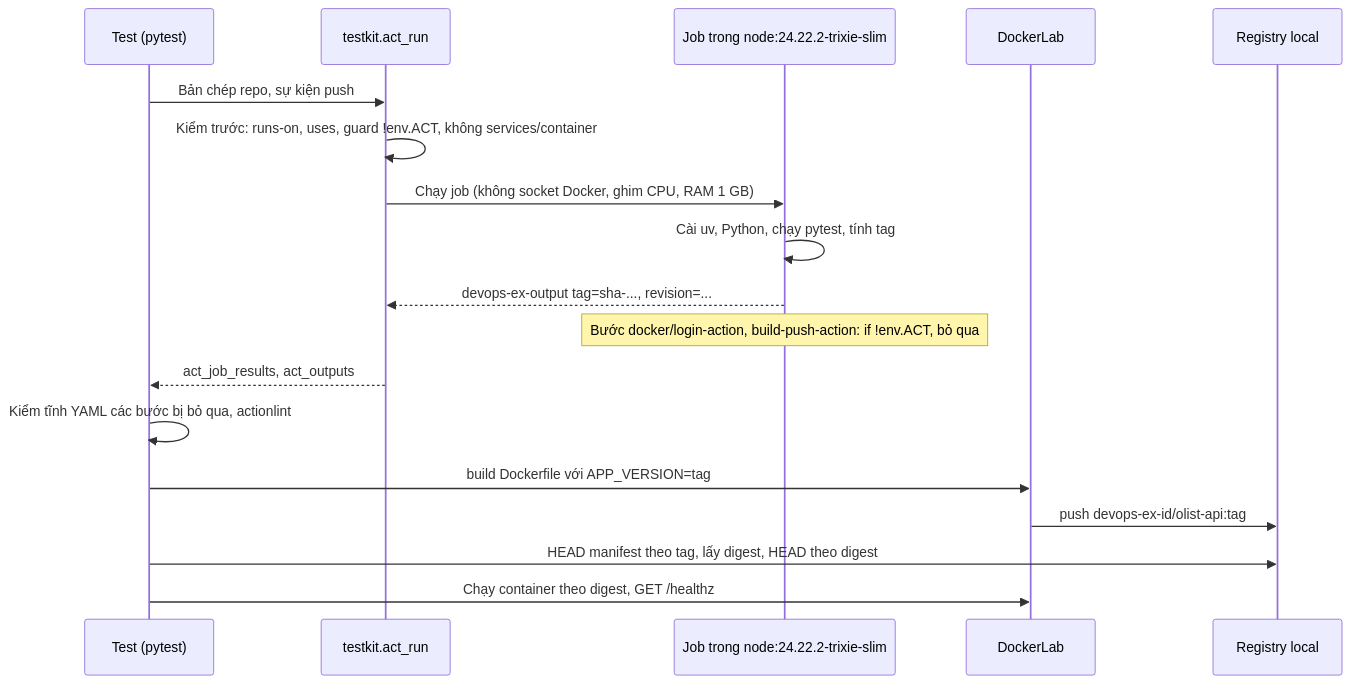
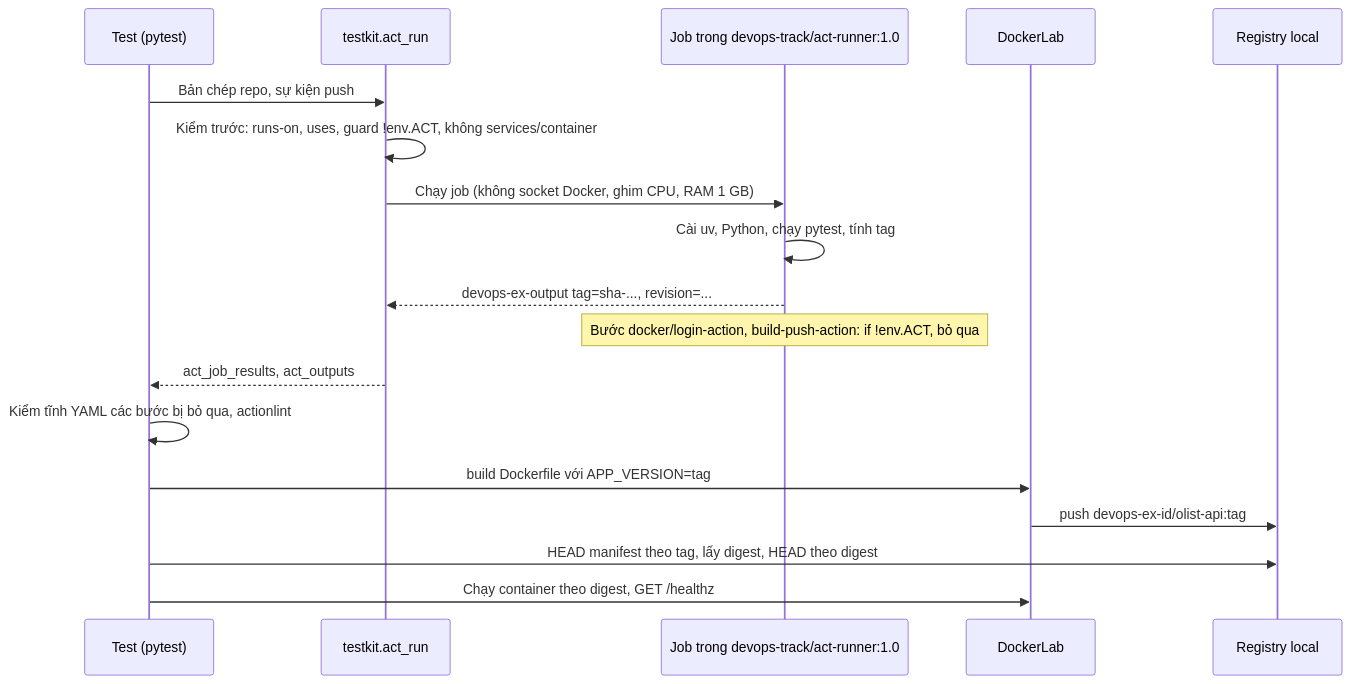
The third of 4 diagrams in tracks/devops/modules/07-cicd-artifacts/README.md (Buicongbang04/Learning_Platform), drawn with Mermaid before and after one commit. The commit also changed other lines of this file and 25 other files, not shown here.

````diff
--- a/tracks/devops/modules/07-cicd-artifacts/README.md
+++ b/tracks/devops/modules/07-cicd-artifacts/README.md
@@ -310,20 +341,20 @@
 ```mermaid
 sequenceDiagram
   participant T as Test (pytest)
   participant A as testkit.act_run
-  participant J as Job trong node:24.22.2-trixie-slim
+  participant J as Job trong devops-track/act-runner:1.0
   participant L as DockerLab
   participant R as Registry local
   T->>A: Bản chép repo, sự kiện push
   A->>A: Kiểm trước: runs-on, uses, guard !env.ACT, không services/container
   A->>J: Chạy job (không socket Docker, ghim CPU, RAM 1 GB)
   J->>J: Cài uv, Python, chạy pytest, tính tag
   J-->>A: devops-ex-output tag=sha-..., revision=...
   Note over J: Bước docker/login-action, build-push-action: if !env.ACT, bỏ qua
   A-->>T: act_job_results, act_outputs
   T->>T: Kiểm tĩnh YAML các bước bị bỏ qua, actionlint
   T->>L: build Dockerfile với APP_VERSION=tag
   L->>R: push devops-ex-id/olist-api:tag
   T->>R: HEAD manifest theo tag, lấy digest, HEAD theo digest
   T->>L: Chạy container theo digest, GET /healthz
 ```
````
